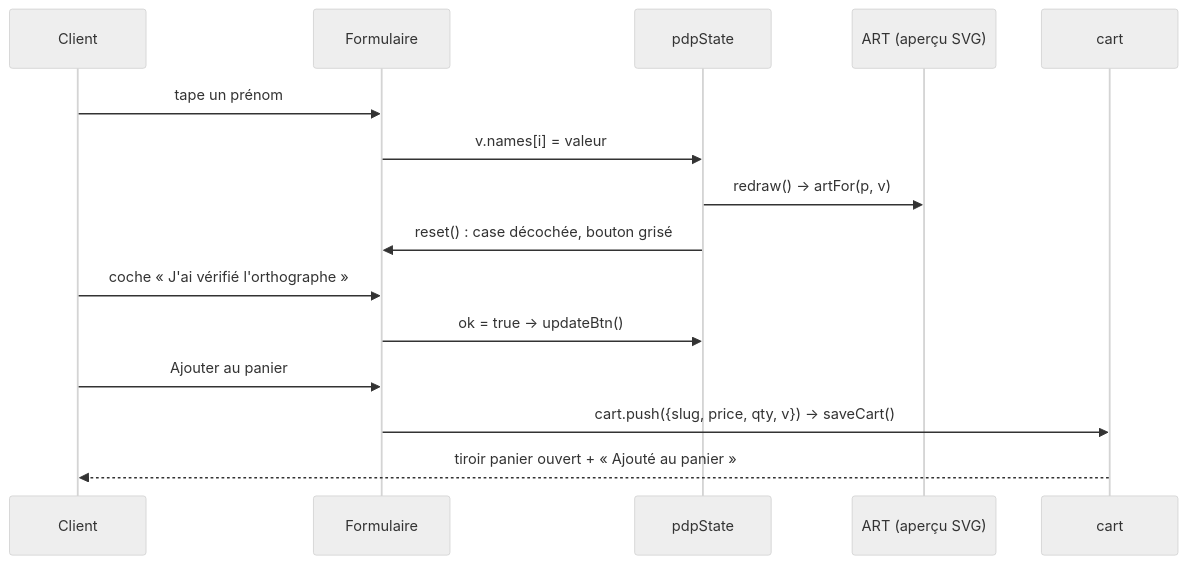
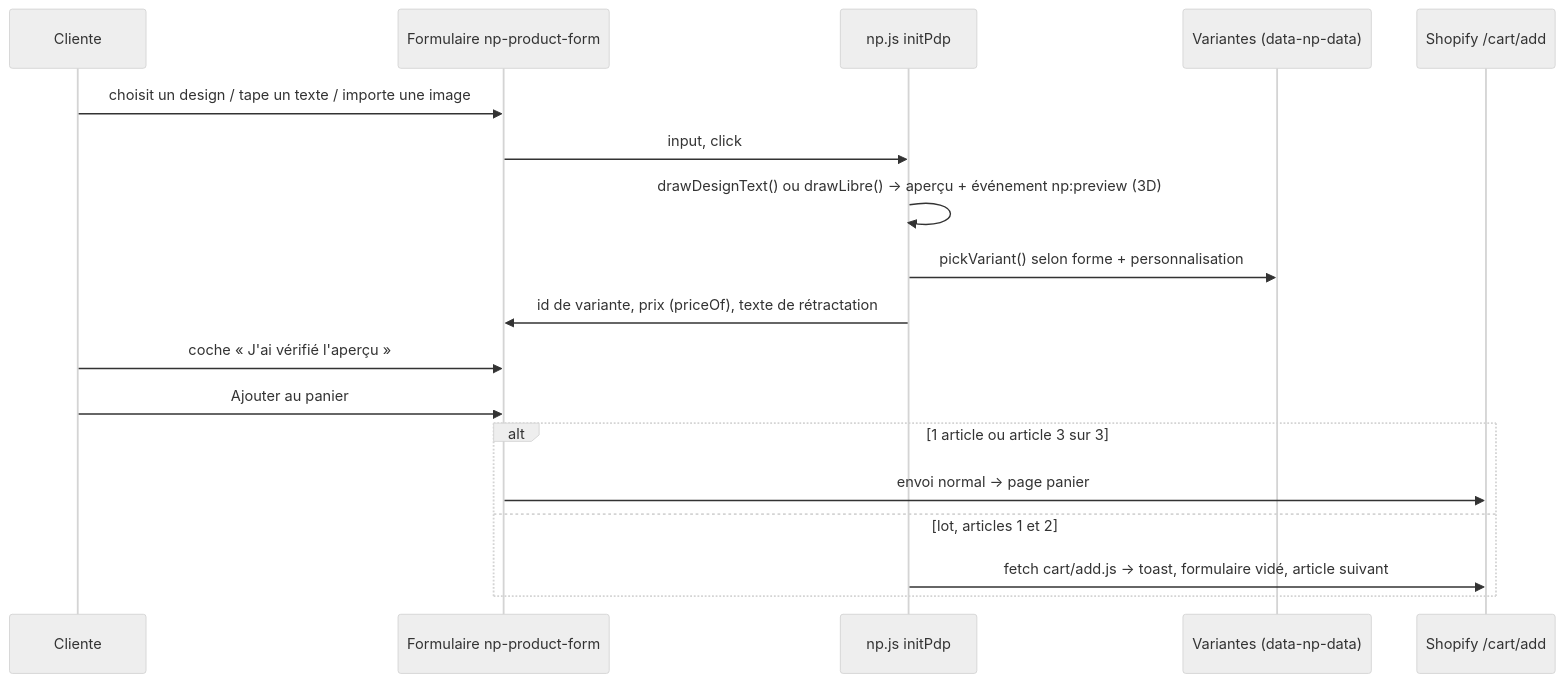
One commit to SylvainCode42A/Drop-Shipping-Agentique changed the diagram in 5-boutique/2-modules/MOD - Catalogue et fiche produit.md. Above: the diagram before and after it, drawn with Mermaid (neutral theme). The commit also changed other lines of this file and 12 other files, not shown here.

````diff
--- a/5-boutique/2-modules/MOD - Catalogue et fiche produit.md
+++ b/5-boutique/2-modules/MOD - Catalogue et fiche produit.md
@@ -32,17 +27,20 @@
 ```mermaid
 sequenceDiagram
-    participant Cl as Client
-    participant F as Formulaire #persoForm
-    participant S as pdpState
-    participant A as ART (aperçu SVG)
-    participant P as cart
-    Cl->>F: tape un prénom
-    F->>S: v.names[i] = valeur
-    S->>A: redraw() → artFor(p, v)
-    S->>F: reset() : case décochée, bouton grisé
-    Cl->>F: coche « J'ai vérifié l'orthographe »
-    F->>S: ok = true → updateBtn()
-    Cl->>F: Ajouter au panier
-    F->>P: cart.push({slug, price, qty, v}) → saveCart()
-    P-->>Cl: tiroir panier ouvert + « Ajouté au panier »
+    participant C as Cliente
+    participant F as Formulaire np-product-form
+    participant JS as np.js initPdp
+    participant V as Variantes (data-np-data)
+    participant S as Shopify /cart/add
+    C->>F: choisit un design / tape un texte / importe une image
+    F->>JS: input, click
+    JS->>JS: drawDesignText() ou drawLibre() → aperçu + événement np:preview (3D)
+    JS->>V: pickVariant() selon forme + personnalisation
+    JS->>F: id de variante, prix (priceOf), texte de rétractation
+    C->>F: coche « J'ai vérifié l'aperçu »
+    C->>F: Ajouter au panier
+    alt 1 article ou article 3 sur 3
+        F->>S: envoi normal → page panier
+    else lot, articles 1 et 2
+        JS->>S: fetch cart/add.js → toast, formulaire vidé, article suivant
+    end
 ```
````
